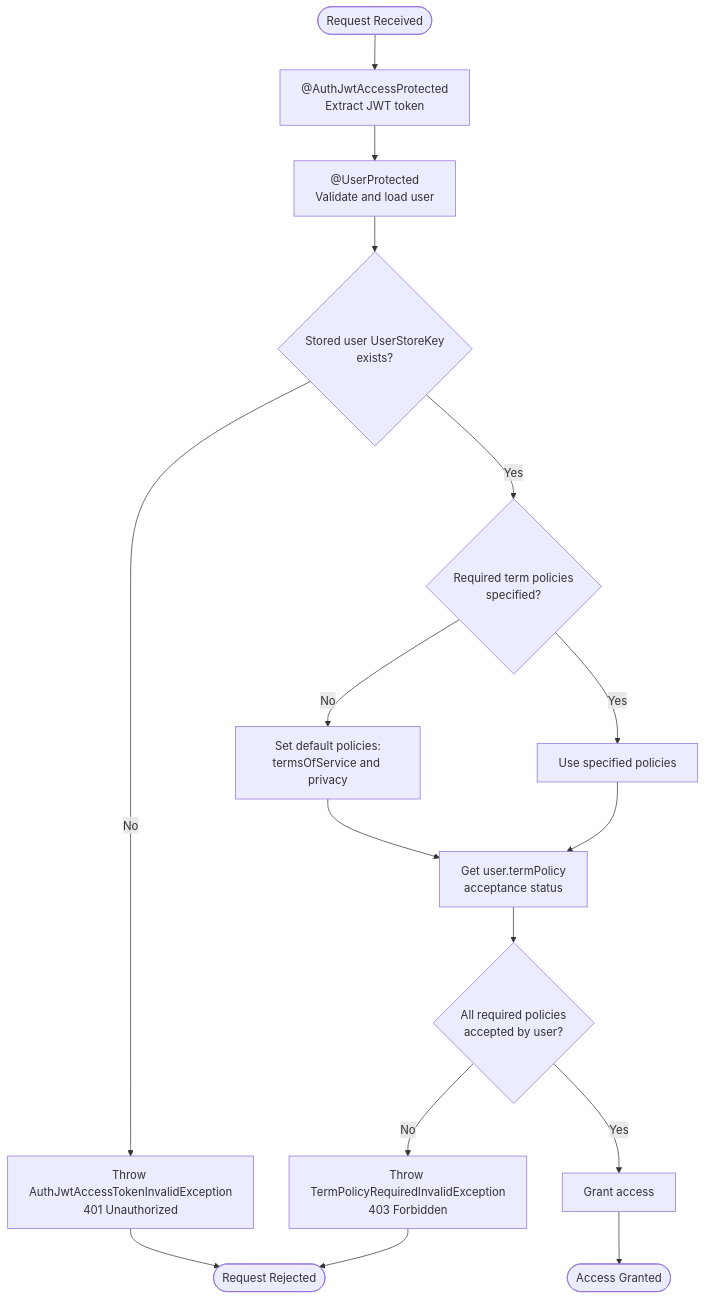
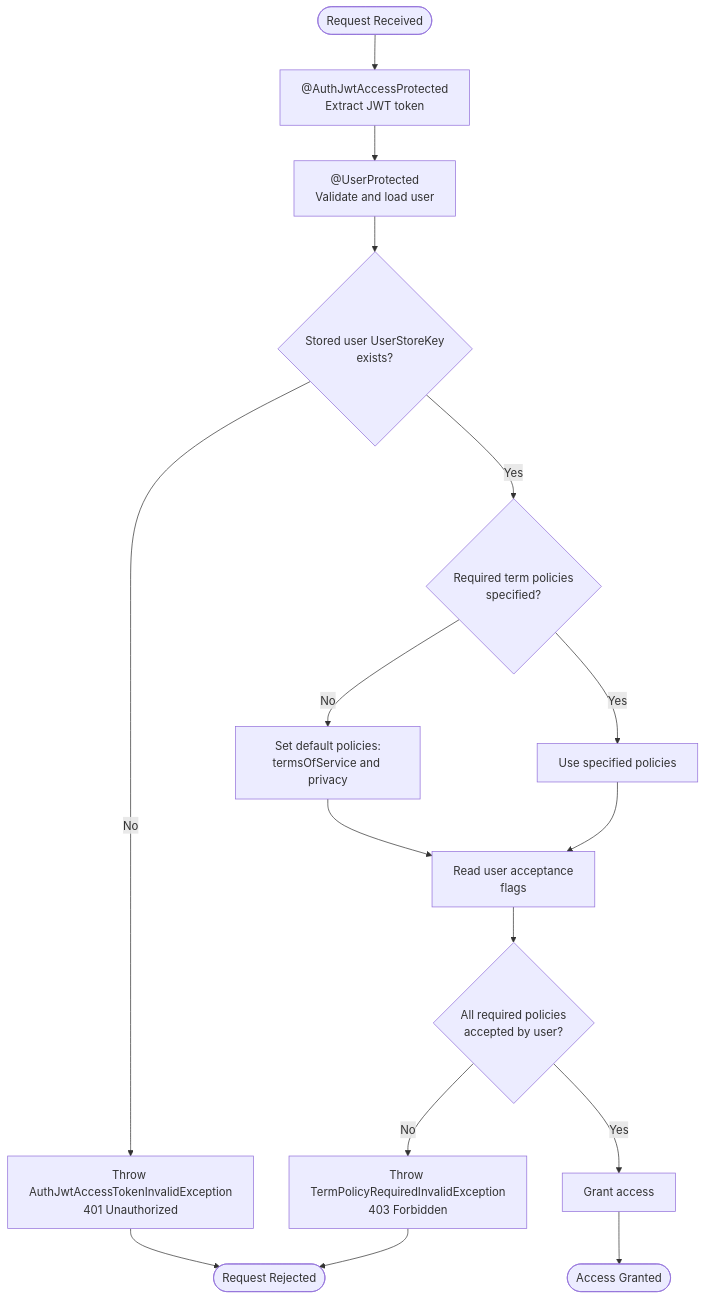
The fourth of 5 diagrams in docs/authorization.md (andrechristikan/ack-nestjs-boilerplate), drawn with Mermaid before and after one commit. The commit also changed other lines of this file and 303 other files, not shown here.

````diff
--- a/docs/authorization.md
+++ b/docs/authorization.md
@@ -517,25 +523,25 @@
 ```mermaid
 flowchart TD
     Start([Request Received]) --> JwtGuard[ @AuthJwtAccessProtected<br/>Extract JWT token]
     JwtGuard --> UserGuard[ @UserProtected<br/>Validate and load user]
     UserGuard --> CheckUser{Stored user UserStoreKey<br/>exists?}
     
     CheckUser -->|No| ErrorUser[Throw AuthJwtAccessTokenInvalidException<br/>401 Unauthorized]
     CheckUser -->|Yes| CheckRequired{Required term policies<br/>specified?}
     
     CheckRequired -->|No| SetDefault[Set default policies:<br/>termsOfService and privacy]
     CheckRequired -->|Yes| UseSpecified[Use specified policies]
     
-    SetDefault --> GetTermPolicy[Get user.termPolicy<br/>acceptance status]
+    SetDefault --> GetTermPolicy[Read user acceptance<br/>flags]
     UseSpecified --> GetTermPolicy
     
     GetTermPolicy --> CheckAcceptance{All required policies<br/>accepted by user?}
     
     CheckAcceptance -->|No| ErrorRequired[Throw TermPolicyRequiredInvalidException<br/>403 Forbidden]
     CheckAcceptance -->|Yes| GrantAccess[Grant access]
     
     GrantAccess --> Success([Access Granted])
     
     ErrorUser --> End([Request Rejected])
     ErrorRequired --> End
 ```
````
